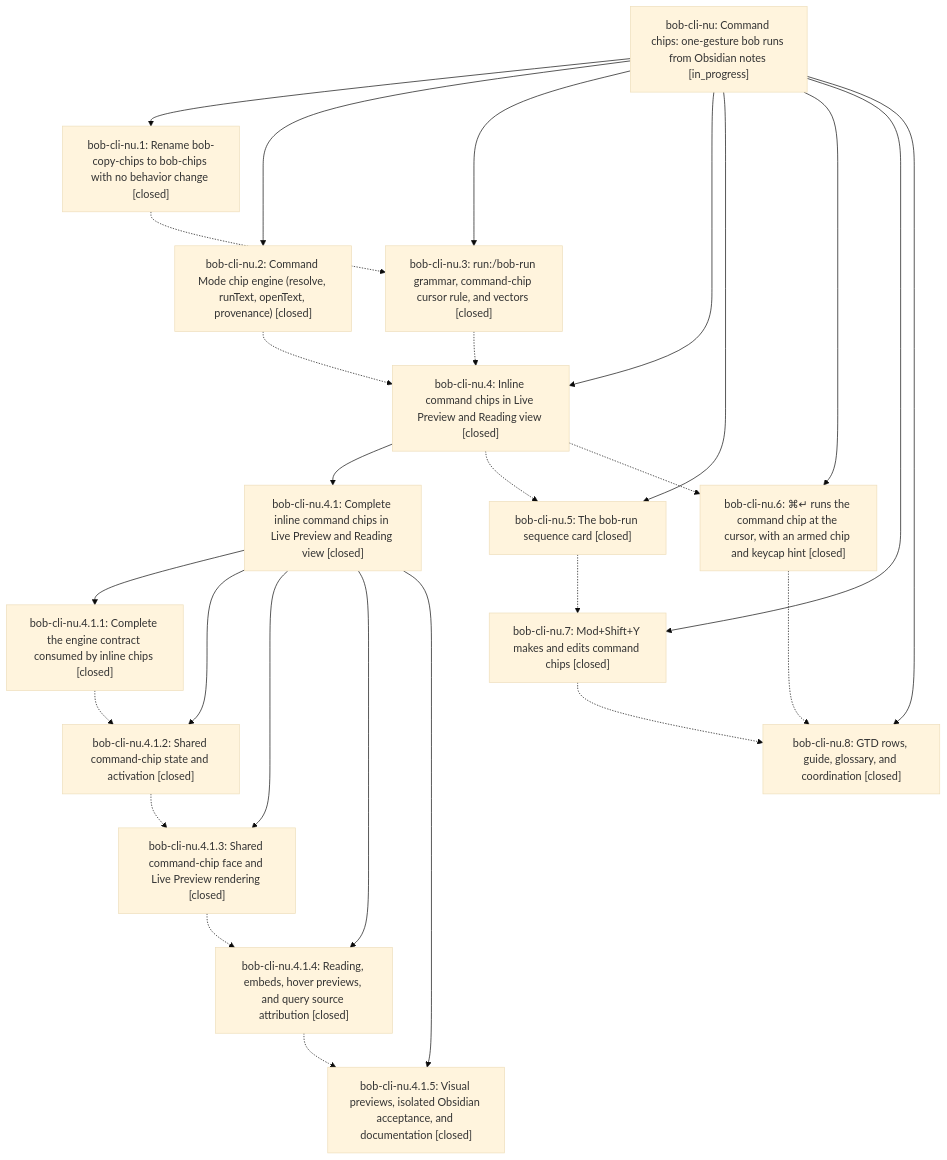
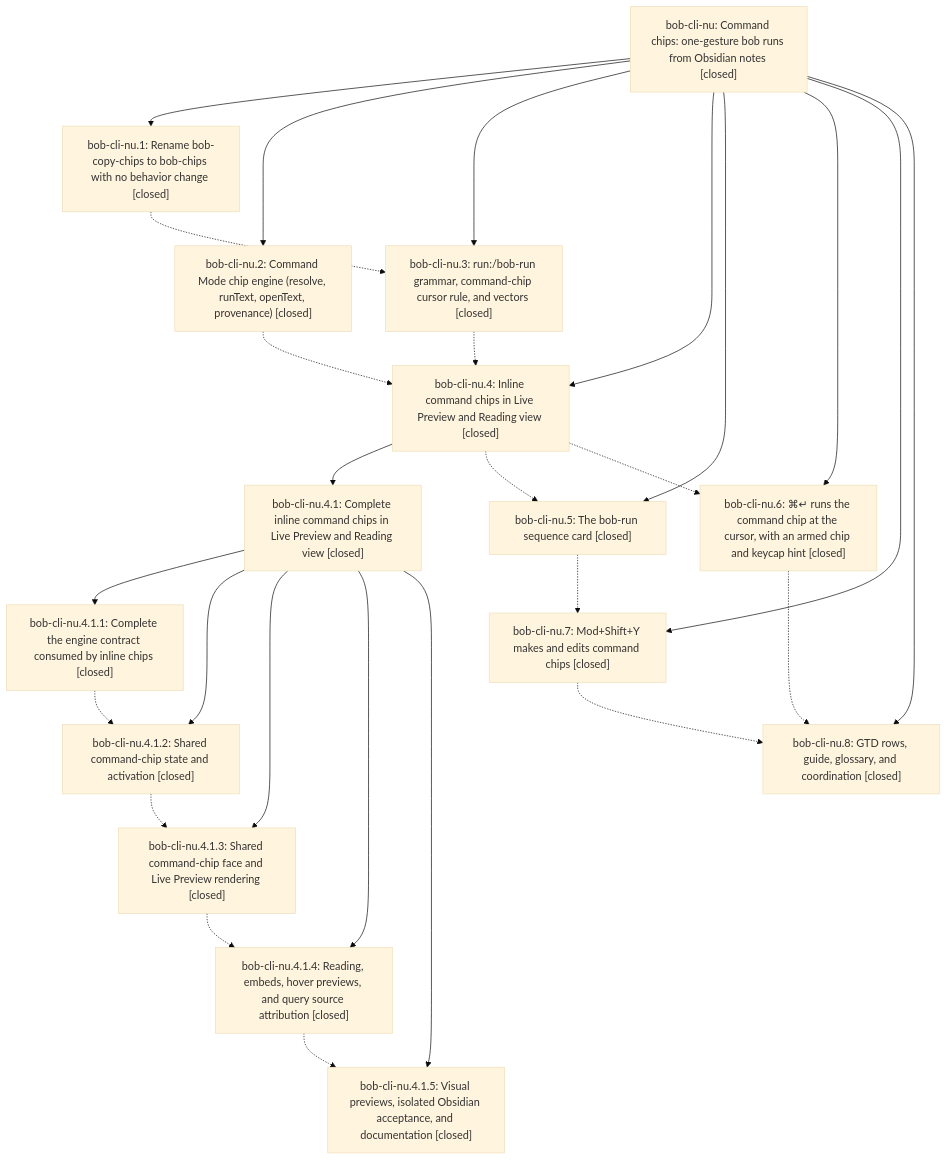
One commit to bobs-org/bob-cli--beads changed the diagram in pages/bob-cli-nu/README.md. Above: the diagram before and after it, drawn with Mermaid (base theme). The commit also changed other lines of this file, not shown here.

First line of the commit message:
chore(beads): sync bead state and pages for bob-cli-nu

````diff
--- a/pages/bob-cli-nu/README.md
+++ b/pages/bob-cli-nu/README.md
@@ -70,44 +72,44 @@
 ```mermaid
 flowchart TD
-    n0["bob-cli-nu: Command chips: one-gesture bob runs from Obsidian notes [in_progress]"]
+    n0["bob-cli-nu: Command chips: one-gesture bob runs from Obsidian notes [closed]"]
     n1["bob-cli-nu.1: Rename bob-copy-chips to bob-chips with no behavior change [closed]"]
     n2["bob-cli-nu.2: Command Mode chip engine (resolve, runText, openText, provenance) [closed]"]
     n3["bob-cli-nu.3: run:/bob-run grammar, command-chip cursor rule, and vectors [closed]"]
     n4["bob-cli-nu.4: Inline command chips in Live Preview and Reading view [closed]"]
     n5["bob-cli-nu.4.1: Complete inline command chips in Live Preview and Reading view [closed]"]
     n6["bob-cli-nu.4.1.1: Complete the engine contract consumed by inline chips [closed]"]
     n7["bob-cli-nu.4.1.2: Shared command-chip state and activation [closed]"]
     n8["bob-cli-nu.4.1.3: Shared command-chip face and Live Preview rendering [closed]"]
     n9["bob-cli-nu.4.1.4: Reading, embeds, hover previews, and query source attribution [closed]"]
     n10["bob-cli-nu.4.1.5: Visual previews, isolated Obsidian acceptance, and documentation [closed]"]
     n11["bob-cli-nu.5: The bob-run sequence card [closed]"]
     n12["bob-cli-nu.6: ⌘↵ runs the command chip at the cursor, with an armed chip and keycap hint [closed]"]
     n13["bob-cli-nu.7: Mod+Shift+Y makes and edits command chips [closed]"]
     n14["bob-cli-nu.8: GTD rows, guide, glossary, and coordination [closed]"]
     n0 --> n1
     n0 --> n2
     n0 --> n3
     n0 --> n4
     n4 --> n5
     n5 --> n6
     n5 --> n7
     n5 --> n8
     n5 --> n9
     n5 --> n10
     n0 --> n11
     n0 --> n12
     n0 --> n13
     n0 --> n14
     n1 -.-> n3
     n2 -.-> n4
     n3 -.-> n4
     n4 -.-> n11
     n4 -.-> n12
     n6 -.-> n7
     n7 -.-> n8
     n8 -.-> n9
     n9 -.-> n10
     n11 -.-> n13
     n12 -.-> n14
     n13 -.-> n14
 ```
````
